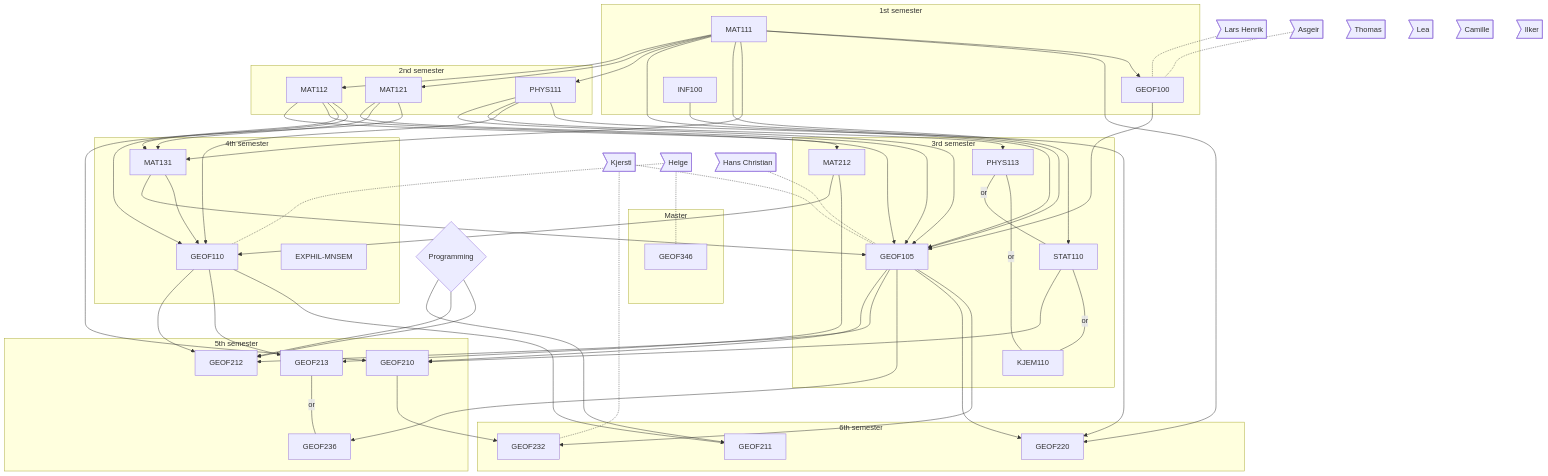
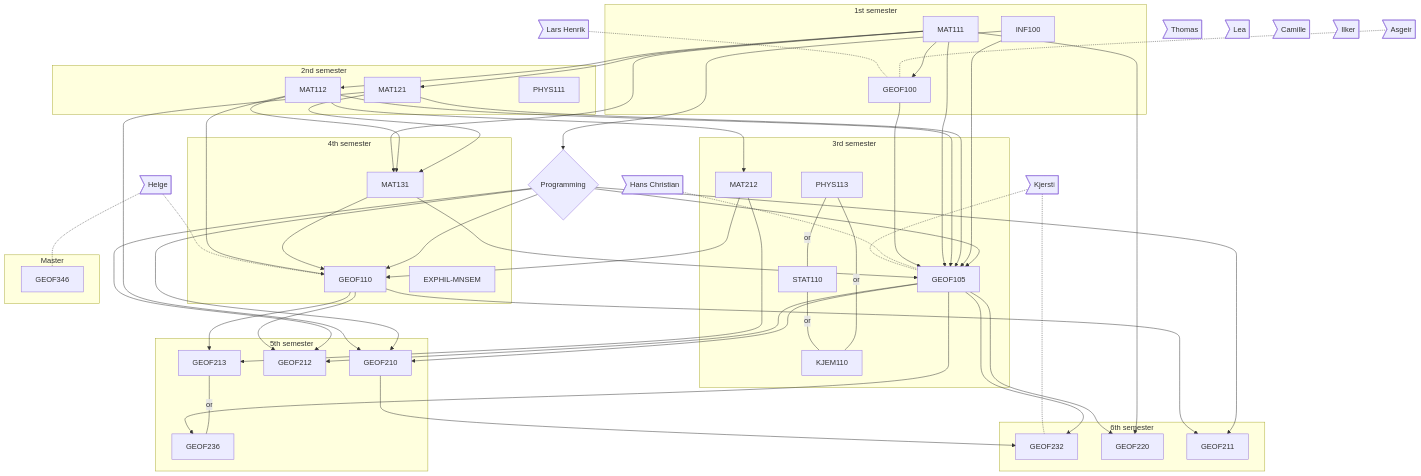
One commit to julienweihs/GEOF changed the diagram in README.md. Above: the diagram before and after it, drawn with Mermaid.

Commit message:
commented PHYS and STAT courses out

```diff
--- a/README.md
+++ b/README.md
@@ -26,49 +26,31 @@
 
     PROG{Programming}
 
-    MAT111 --> MAT112
-    MAT111 --> MAT121
-    MAT111 --> PHYS111
-    MAT112 --> MAT212
-    MAT111 ---> GEOF105
     GEOF100 --> GEOF105
-    MAT112 --> GEOF105
-    MAT121 --> GEOF105
-    MAT131 --> GEOF105
-    PHYS111 --> GEOF105
-    INF100 ---> GEOF105
-    PHYS111 --> PHYS113
-    MAT111 --> STAT110
-    MAT112 --> GEOF110
-    MAT131 --> GEOF110
-    MAT212 --> GEOF110
-    PHYS111 --> GEOF110
-    MAT111 --> MAT131
-    MAT112 --> MAT131
-    MAT121 --> MAT131
-    GEOF105 --> GEOF210
-    STAT110 --> GEOF210
-    MAT121 --> GEOF210
-    GEOF105 --> GEOF212
-    GEOF110 --> GEOF212
-    GEOF110 --> GEOF213
-    MAT212 --> GEOF213
-    GEOF105 --> GEOF236
-    MAT111 --> GEOF220
-    PHYS111 --> GEOF220
-    GEOF105 --> GEOF220
-    GEOF110 --> GEOF211
-    GEOF105 --> GEOF232
+    GEOF105 --> GEOF210 & GEOF212 & GEOF236 & GEOF220 & GEOF232
+    GEOF110 --> GEOF212 & GEOF213 & GEOF211
     GEOF210 --> GEOF232
 
+    MAT111 --> GEOF100 & MAT112 & MAT121 & GEOF105 & MAT131 & GEOF220
+    MAT112 --> MAT212 & GEOF105 & GEOF110 & MAT131
+    MAT121 --> GEOF105 & MAT131 & GEOF210
+    MAT131 --> GEOF105 & GEOF110
+    MAT212 --> GEOF110 & GEOF213
 
-    PROG --> GEOF211 & GEOF212
-    PROG --> GEOF212
+    INF100 ---> GEOF105 & PROG
+
+    PROG --> GEOF211 & GEOF212 & GEOF210 & GEOF110 & GEOF105
+
+    %%%%%%%%
+    %% MAT111 --> PHYS111 & STAT110
+    %% PHYS111 --> GEOF105 & PHYS113 & GEOF110 & GEOF220
+    %% STAT110 --> GEOF210
+    %%%%%%%%
 
     subgraph 1st semester
     MAT111
     INF100
-    MAT111 --> GEOF100
+    GEOF100
     end
     
     subgraph 2nd semester
```
